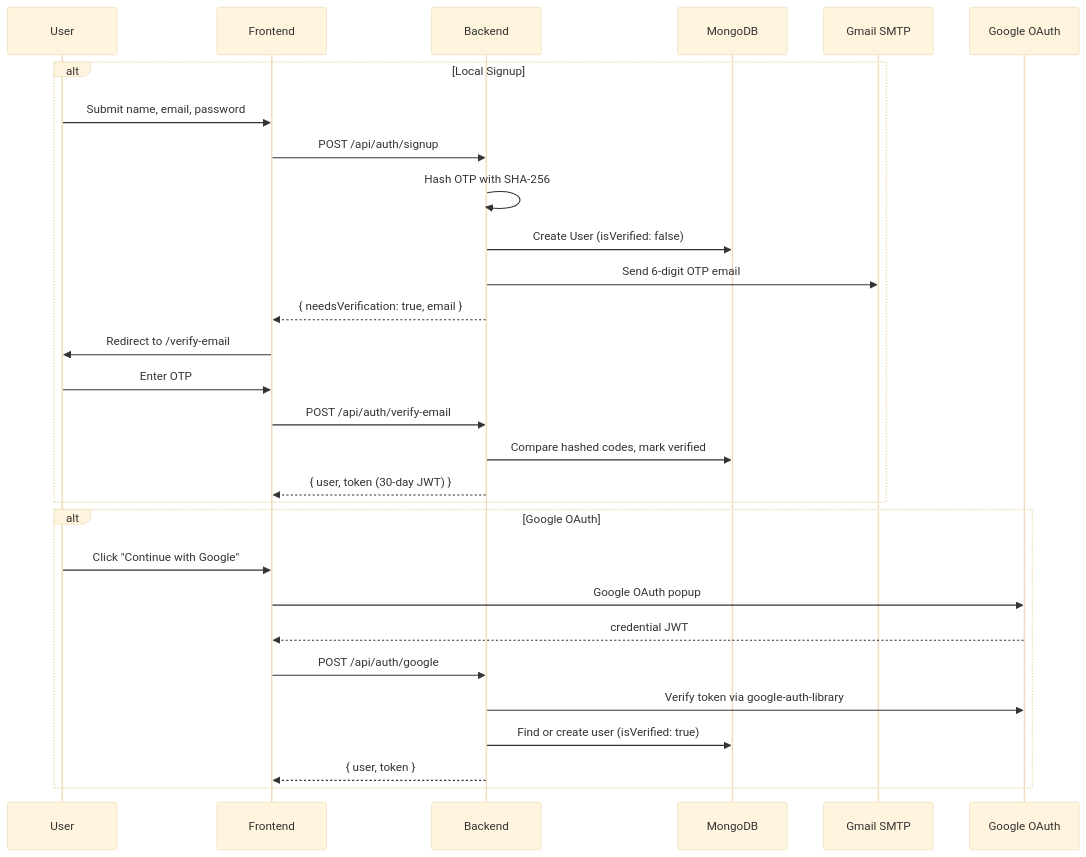
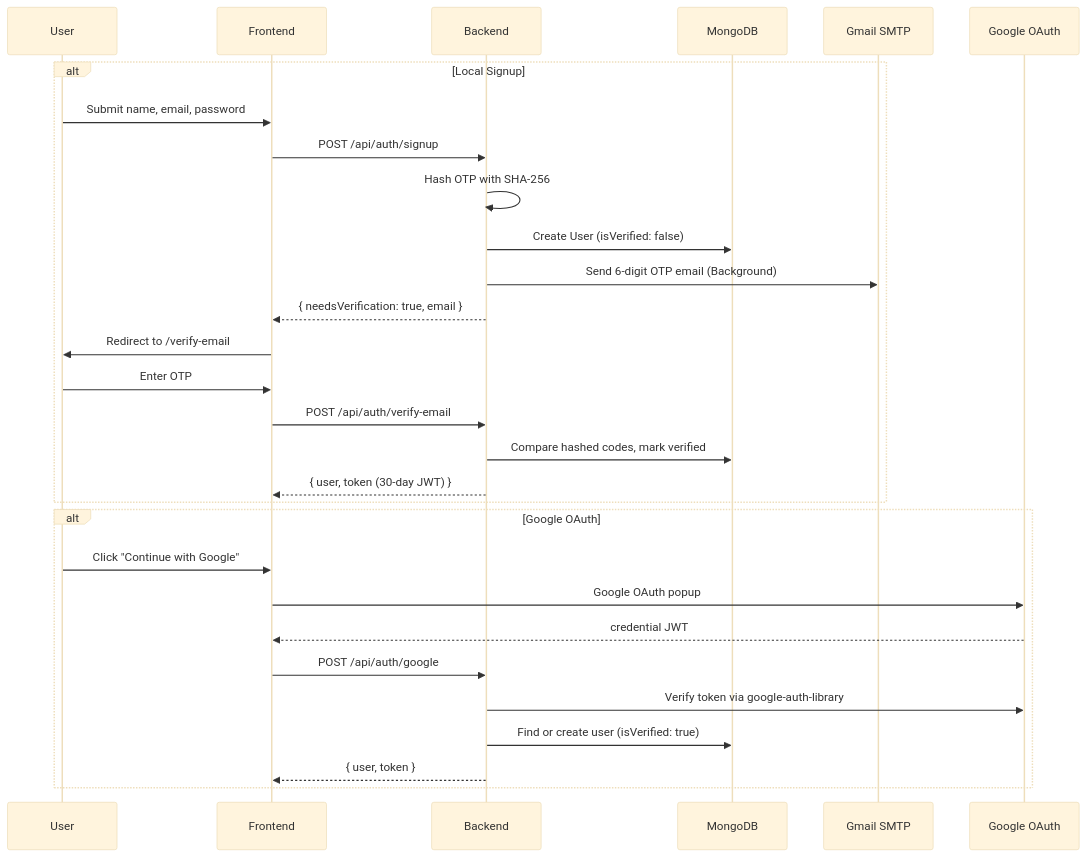
The first of 2 diagrams in PROJECT_ARCHITECTURE.md (Devarsh-7/Resumify), drawn with Mermaid (base theme) before and after one commit. The commit also changed other lines of this file, not shown here.

Commit message:
docs: update architecture documentation with Gemini 3.1, password reset flows, and async performance optimizations

````diff
--- a/PROJECT_ARCHITECTURE.md
+++ b/PROJECT_ARCHITECTURE.md
@@ -34,33 +36,33 @@
 ```mermaid
 sequenceDiagram
     participant U as User
     participant FE as Frontend
     participant BE as Backend
     participant DB as MongoDB
     participant GM as Gmail SMTP
     participant G as Google OAuth
 
     alt Local Signup
         U->>FE: Submit name, email, password
         FE->>BE: POST /api/auth/signup
         BE->>BE: Hash OTP with SHA-256
         BE->>DB: Create User (isVerified: false)
-        BE->>GM: Send 6-digit OTP email
+        BE->>GM: Send 6-digit OTP email (Background)
         BE-->>FE: { needsVerification: true, email }
         FE->>U: Redirect to /verify-email
         U->>FE: Enter OTP
         FE->>BE: POST /api/auth/verify-email
         BE->>DB: Compare hashed codes, mark verified
         BE-->>FE: { user, token (30-day JWT) }
     end
 
     alt Google OAuth
         U->>FE: Click "Continue with Google"
         FE->>G: Google OAuth popup
         G-->>FE: credential JWT
         FE->>BE: POST /api/auth/google
         BE->>G: Verify token via google-auth-library
         BE->>DB: Find or create user (isVerified: true)
         BE-->>FE: { user, token }
     end
 ```
````
